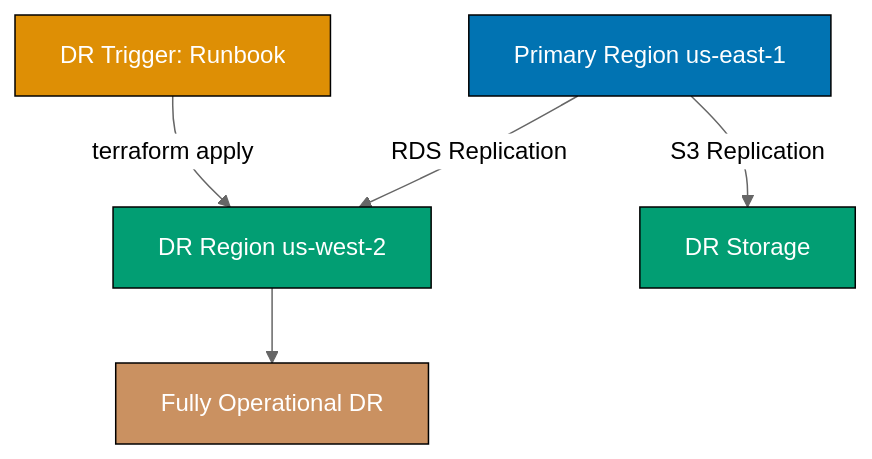
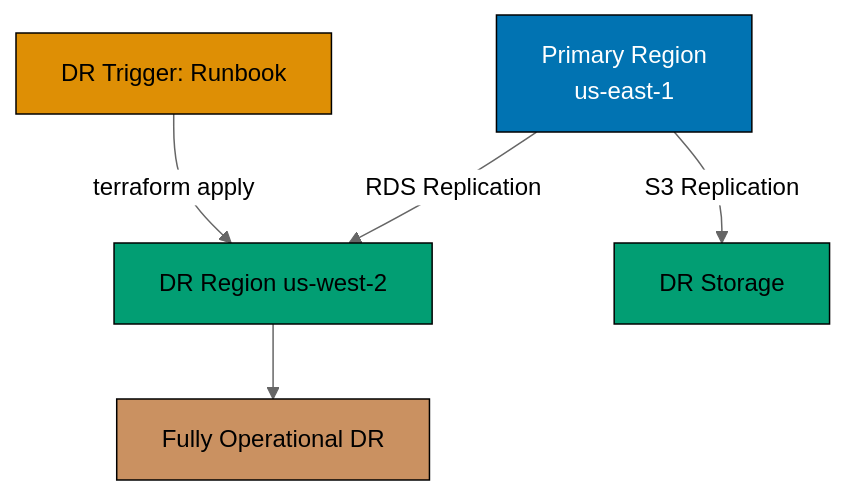
One commit to wahidyankf/ose-public changed the seventh of 9 diagrams in apps/ayokoding-www/content/en/learn/legacy/software-engineering/infrastructure/infrastructure-as-code/by-example/advanced.md. Above: the diagram before and after it, drawn with Mermaid (neutral theme). The commit also changed other lines of this file and 131 other files, not shown here.

First line of the commit message:
fix(mermaid): bring the legacy data, infrastructure, and testing diagrams onto the accessible palette

````diff
--- a/apps/ayokoding-www/content/en/learn/legacy/software-engineering/infrastructure/infrastructure-as-code/by-example/advanced.md
+++ b/apps/ayokoding-www/content/en/learn/legacy/software-engineering/infrastructure/infrastructure-as-code/by-example/advanced.md
@@ -1643,14 +1683,21 @@
 ```mermaid
 %% Color Palette: Blue #0173B2, Orange #DE8F05, Teal #029E73, Purple #CC78BC, Brown #CA9161
 graph TD
-  A["Primary Region us-east-1"] -->|"RDS Replication"| B["DR Region us-west-2"]
+  accTitle: Example 77: Disaster Recovery Automation
+  accDescr: Graph with 5 nodes and 4 connections. Nodes: Primary Region us-east-1, DR Region us-west-2, DR Storage, DR Trigger: Runbook, Fully Operational DR. Connections: Primary Region us-east-1 to DR Region us-west-2 (RDS Replication), Primary Region us-east-1 to DR Storage (S3 Replication), DR Trigger: Runbook to DR Region us-west-2 (terraform apply), DR Region us-west-2 to Fully Operational DR.
+  A["Primary Region<br/>us-east-1"] -->|"RDS Replication"| B["DR Region us-west-2"]
   A -->|"S3 Replication"| C["DR Storage"]
   D["DR Trigger: Runbook"] -->|"terraform apply"| B
   B --> E["Fully Operational DR"]
 
-  style A fill:#0173B2,stroke:#000,color:#fff
-  style B fill:#029E73,stroke:#000,color:#fff
-  style C fill:#029E73,stroke:#000,color:#fff
-  style D fill:#DE8F05,stroke:#000,color:#fff
-  style E fill:#CA9161,stroke:#000,color:#fff
+  classDef pal-0173B2 fill:#0173B2,stroke:#000000,color:#FFFFFF
+  class A pal-0173B2
+  classDef pal-029E73 fill:#029E73,stroke:#000000,color:#000000
+  class B pal-029E73
+  class C pal-029E73
+  classDef pal-DE8F05 fill:#DE8F05,stroke:#000000,color:#000000
+  class D pal-DE8F05
+  classDef pal-CA9161 fill:#CA9161,stroke:#000000,color:#000000
+  class E pal-CA9161
+  classDef default fill:#FFFFFF,stroke:#000000,color:#000000
 ```
````
